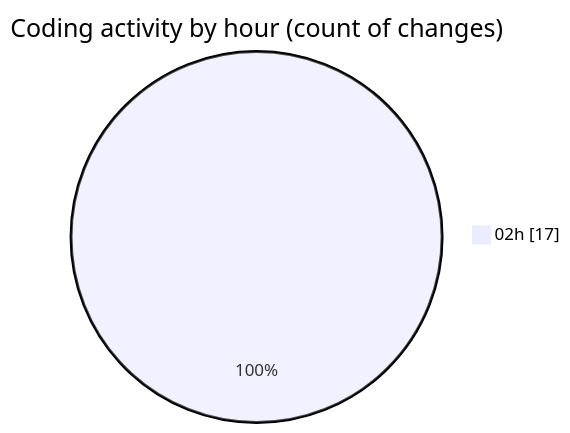
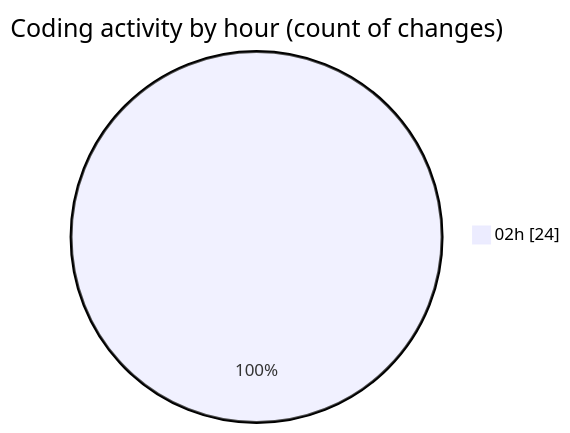
Before and after one commit to charlie-sans/code-tracking: the second of 2 diagrams in 2025-02-22/micros/README.md, drawn with Mermaid. The commit also changed other lines of this file and 1 other file, not shown here.

````diff
--- a/2025-02-22/micros/README.md
+++ b/2025-02-22/micros/README.md
@@ -32,5 +35,5 @@
 ```mermaid
 pie showData
 title Coding activity by hour (count of changes)
-"02h" : 17
+"02h" : 24
 ```
````
